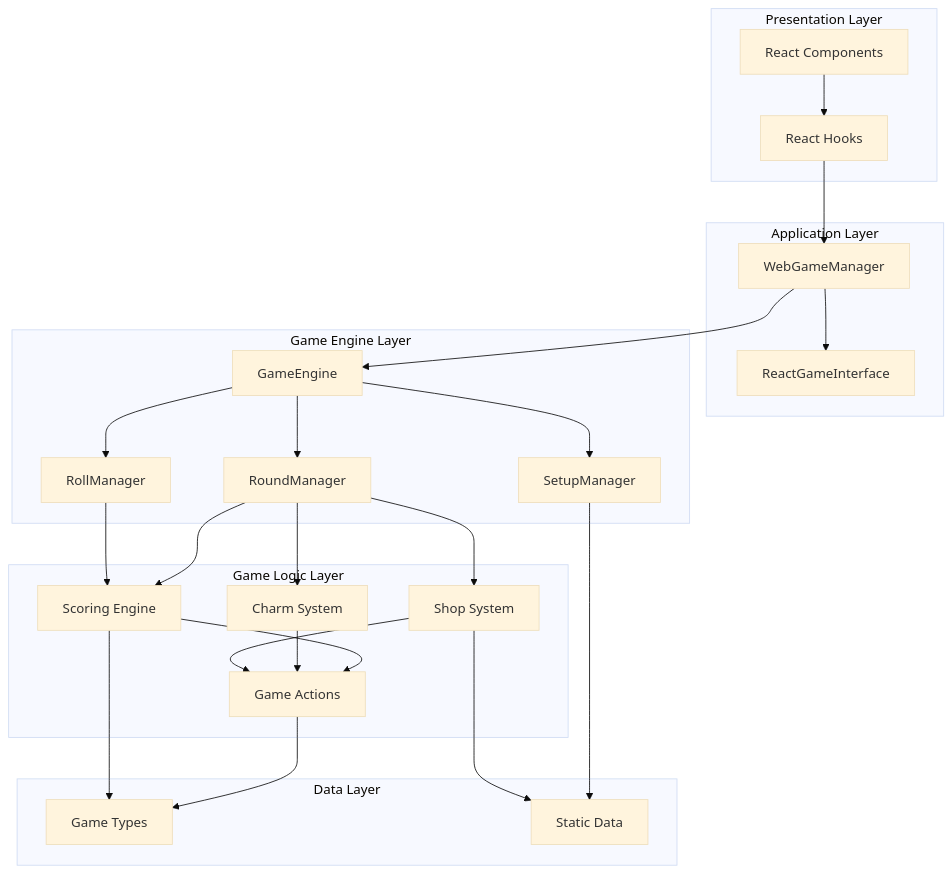
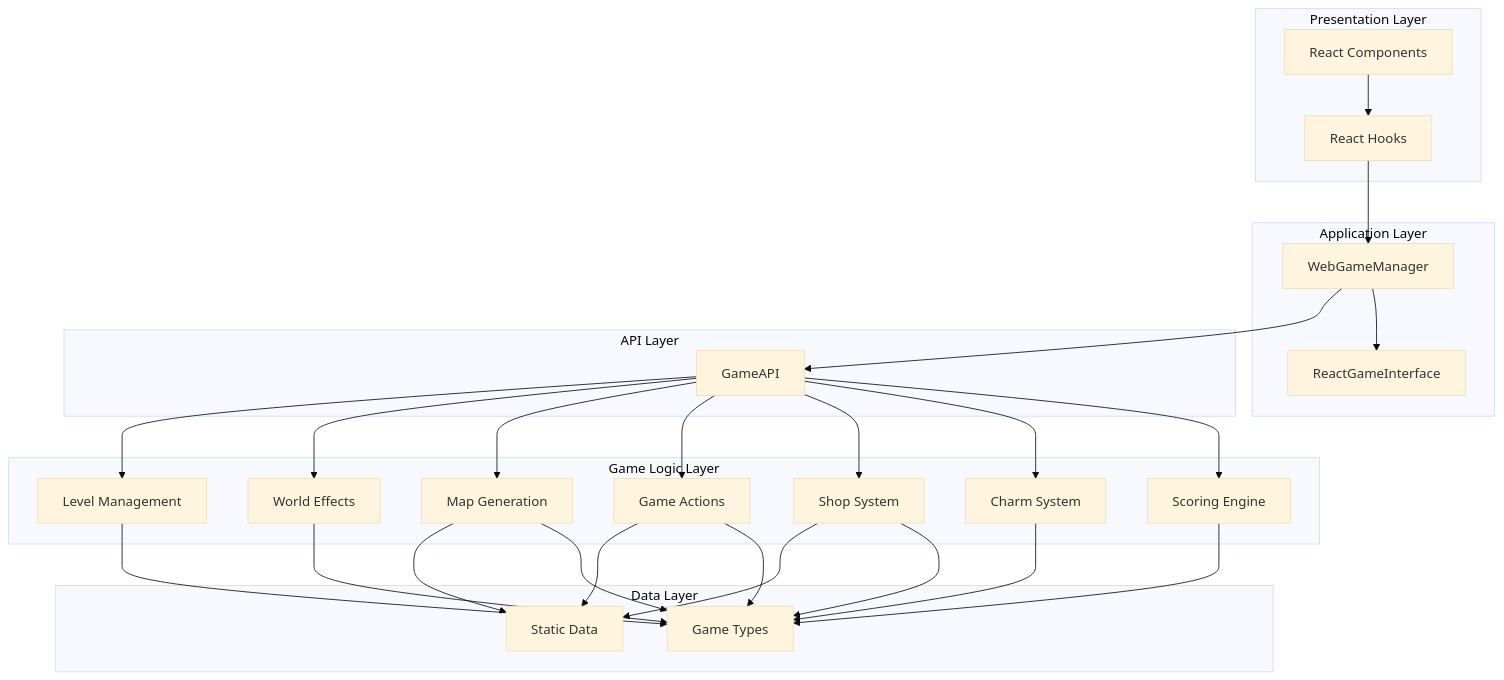
One commit to bbeaudet-dev/rollio changed the first of 2 diagrams in docs/architecture/overview.md. Above: the diagram before and after it, drawn with Mermaid (base theme). The commit also changed other lines of this file and 8 other files, not shown here.

````diff
--- a/docs/architecture/overview.md
+++ b/docs/architecture/overview.md
@@ -7,50 +7,53 @@
 ```mermaid
 graph TB
     subgraph "Presentation Layer"
         A[React Components]
         B[React Hooks]
     end
 
     subgraph "Application Layer"
         C[WebGameManager]
         D[ReactGameInterface]
     end
 
-    subgraph "Game Engine Layer"
-        E[GameEngine]
-        F[RoundManager]
-        G[RollManager]
-        H[SetupManager]
+    subgraph "API Layer"
+        E[GameAPI]
     end
 
     subgraph "Game Logic Layer"
-        I[Scoring Engine]
-        J[Charm System]
-        K[Shop System]
-        L[Game Actions]
+        F[Scoring Engine]
+        G[Charm System]
+        H[Shop System]
+        I[Game Actions]
+        J[Map Generation]
+        K[World Effects]
+        L[Level Management]
     end
 
     subgraph "Data Layer"
         M[Game Types]
         N[Static Data]
     end
 
     A --> B
     B --> C
     C --> D
     C --> E
     E --> F
     E --> G
     E --> H
-    F --> I
-    F --> J
-    F --> K
-    G --> I
-    I --> L
-    J --> L
-    K --> L
+    E --> I
+    E --> J
+    E --> K
+    E --> L
+    F --> M
+    G --> M
+    H --> M
+    I --> M
+    J --> M
+    K --> M
     L --> M
-    I --> M
+    I --> N
     H --> N
-    K --> N
+    J --> N
 ```
````
